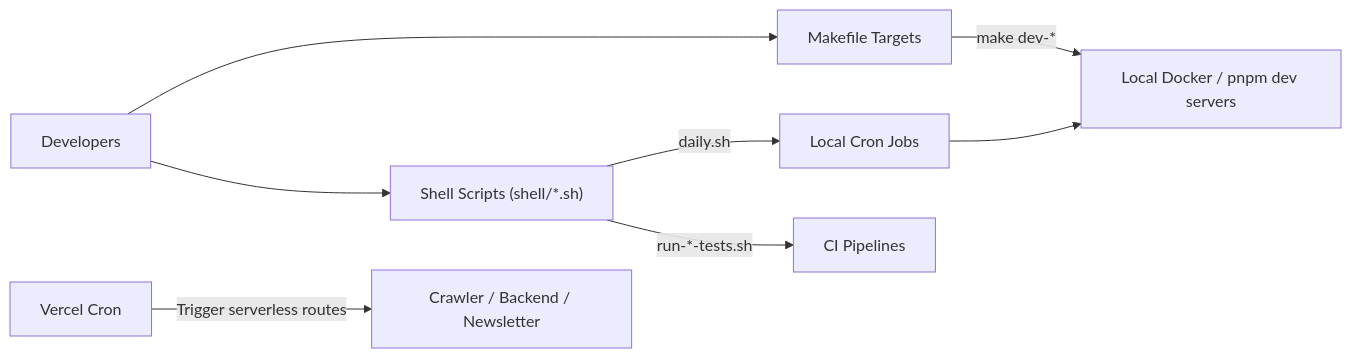
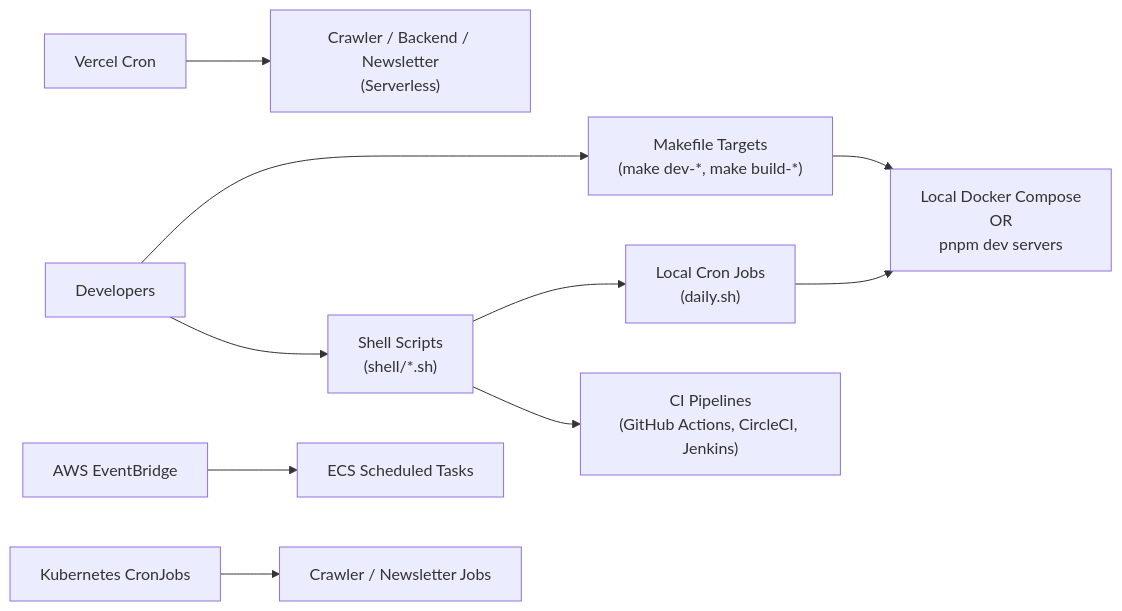
Before and after one commit to hoangsonww/AI-Gov-Content-Curator: diagram 19 of 19 in ARCHITECTURE.md, drawn with Mermaid. The commit also changed other lines of this file and 20 other files, not shown here.

````diff
--- a/ARCHITECTURE.md
+++ b/ARCHITECTURE.md
@@ -173,10 +1924,12 @@
 ```mermaid
 flowchart LR
-    Devs["Developers"] --> Make["Makefile Targets"]
-    Devs --> Shell["Shell Scripts (shell/*.sh)"]
-    Make -->|"make dev-*"| ServicesCluster["Local Docker / pnpm dev servers"]
-    Shell -->|"daily.sh"| CronLocal["Local Cron Jobs"]
-    Shell -->|"run-*-tests.sh"| CI["CI Pipelines"]
+    Devs["Developers"] --> Make["Makefile Targets<br/>(make dev-*, make build-*)"]
+    Devs --> Shell["Shell Scripts<br/>(shell/*.sh)"]
+    Make --> ServicesCluster["Local Docker Compose<br/>OR<br/>pnpm dev servers"]
+    Shell --> CronLocal["Local Cron Jobs<br/>(daily.sh)"]
+    Shell --> CI["CI Pipelines<br/>(GitHub Actions, CircleCI, Jenkins)"]
     CronLocal --> ServicesCluster
-    VercelCron["Vercel Cron"] -->|"Trigger serverless routes"| CloudServices["Crawler / Backend / Newsletter"]
+    VercelCron["Vercel Cron"] --> CloudServices["Crawler / Backend / Newsletter<br/>(Serverless)"]
+    EventBridge["AWS EventBridge"] --> ECS["ECS Scheduled Tasks"]
+    K8sCron["Kubernetes CronJobs"] --> K8sJobs["Crawler / Newsletter Jobs"]
 ```
````
